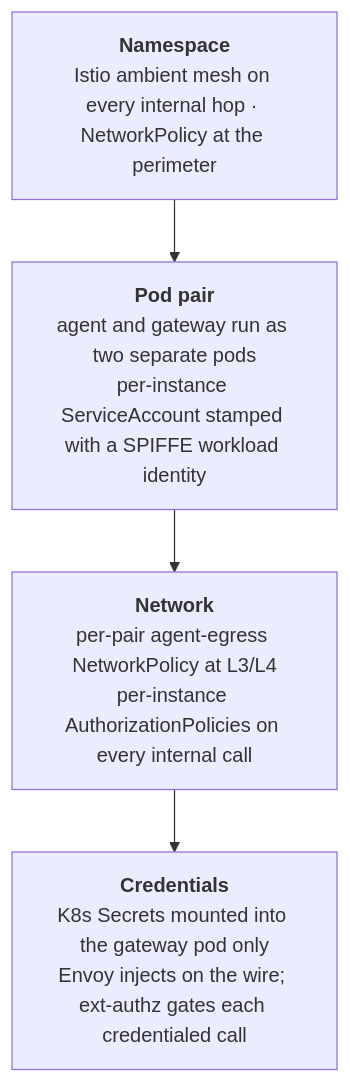
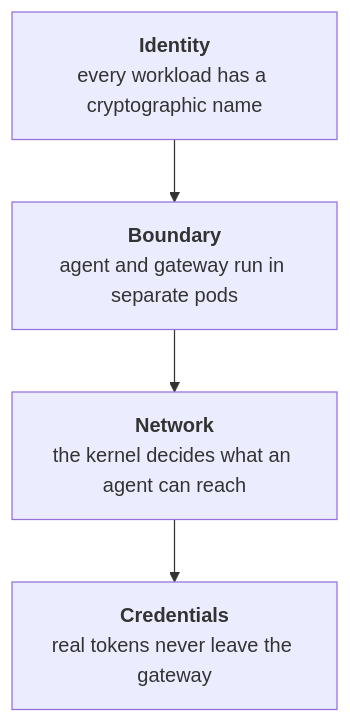
The first of 2 diagrams in docs/strategy/security-overview.md (dam-agents/dam), drawn with Mermaid before and after one commit. The commit also changed other lines of this file, not shown here.

````diff
--- a/docs/strategy/security-overview.md
+++ b/docs/strategy/security-overview.md
@@ -10,8 +11,8 @@
 ```mermaid
 flowchart TB
-  L1["<b>Namespace</b><br/>Istio ambient mesh on every internal hop · NetworkPolicy at the perimeter"]
-  L2["<b>Pod pair</b><br/>agent and gateway run as two separate pods<br/>per-instance ServiceAccount stamped with a SPIFFE workload identity"]
-  L3["<b>Network</b><br/>per-pair agent-egress NetworkPolicy at L3/L4<br/>per-instance AuthorizationPolicies on every internal call"]
-  L4["<b>Credentials</b><br/>K8s Secrets mounted into the gateway pod only<br/>Envoy injects on the wire; ext-authz gates each credentialed call"]
+  L1["<b>Identity</b><br/>every workload has a cryptographic name"]
+  L2["<b>Boundary</b><br/>agent and gateway run in separate pods"]
+  L3["<b>Network</b><br/>the kernel decides what an agent can reach"]
+  L4["<b>Credentials</b><br/>real tokens never leave the gateway"]
   L1 --> L2 --> L3 --> L4
 ```
````
